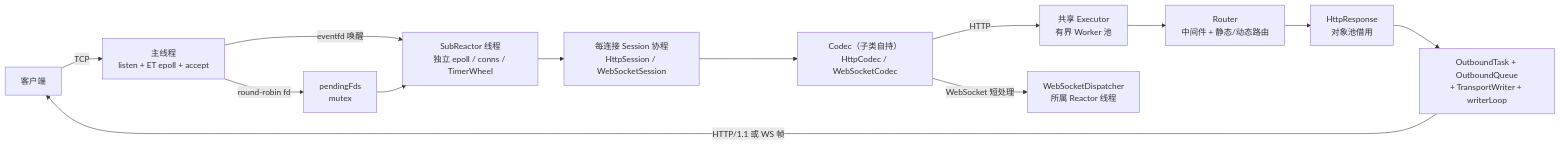
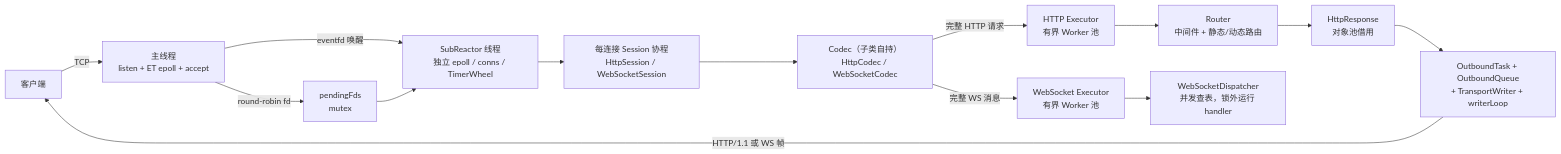
One commit to aurora-deng/web changed the first of 5 diagrams in docs/architecture/ARCHITECTURE.md. Above: the diagram before and after it, drawn with Mermaid. The commit also changed other lines of this file and 53 other files, not shown here.

Commit message:
提交 test6.3：完善 WebSocket 可靠投递与运行时隔离

````diff
--- a/docs/architecture/ARCHITECTURE.md
+++ b/docs/architecture/ARCHITECTURE.md
@@ -25,15 +26,16 @@
 ```mermaid
 flowchart LR
     Client[客户端] -->|TCP| Acceptor["主线程<br/>listen + ET epoll + accept"]
     Acceptor -->|round-robin fd| Q1["pendingFds<br/>mutex"]
     Acceptor -->|eventfd 唤醒| SR["SubReactor 线程<br/>独立 epoll / conns / TimerWheel"]
     Q1 --> SR
     SR --> Session["每连接 Session 协程<br/>HttpSession / WebSocketSession"]
     Session --> Codec["Codec（子类自持）<br/>HttpCodec / WebSocketCodec"]
-    Codec -->|HTTP| Executor["共享 Executor<br/>有界 Worker 池"]
-    Executor --> Router["Router<br/>中间件 + 静态/动态路由"]
-    Codec -->|WebSocket 短处理| WSD["WebSocketDispatcher<br/>所属 Reactor 线程"]
+    Codec -->|完整 HTTP 请求| HTTPExecutor["HTTP Executor<br/>有界 Worker 池"]
+    Codec -->|完整 WS 消息| WSExecutor["WebSocket Executor<br/>有界 Worker 池"]
+    HTTPExecutor --> Router["Router<br/>中间件 + 静态/动态路由"]
+    WSExecutor --> WSD["WebSocketDispatcher<br/>并发查表，锁外运行 handler"]
     Router --> Response["HttpResponse<br/>对象池借用"]
     Response --> Outbound["OutboundTask + OutboundQueue<br/>+ TransportWriter + writerLoop"]
     Outbound -->|HTTP/1.1 或 WS 帧| Client
 ```
````
